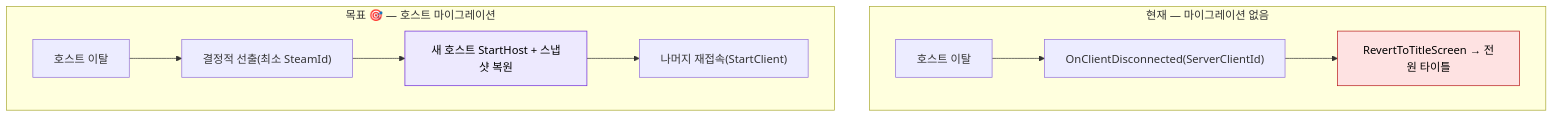
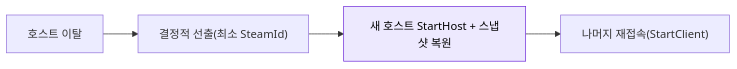
The second of 2 diagrams in Docs/game-dev-wiki/10-infra/server-hosting.md (Ethaniya0912/pB), drawn with Mermaid before and after one commit. The commit also changed other lines of this file and 7 other files, not shown here.

````diff
--- a/Docs/game-dev-wiki/10-infra/server-hosting.md
+++ b/Docs/game-dev-wiki/10-infra/server-hosting.md
@@ -21,16 +58,8 @@
 ```mermaid
-flowchart TB
-  subgraph NOW["현재 — 마이그레이션 없음"]
-    H1["호스트 이탈"] --> D["OnClientDisconnected(ServerClientId)"]
-    D --> R["RevertToTitleScreen → 전원 타이틀"]
-  end
-  subgraph TARGET["목표 🎯 — 호스트 마이그레이션"]
-    H2["호스트 이탈"] --> E["결정적 선출(최소 SteamId)"]
-    E --> NH["새 호스트 StartHost + 스냅샷 복원"]
-    NH --> RJ["나머지 재접속(StartClient)"]
-  end
-  classDef warn fill:#fee2e2,stroke:#b91c1c,color:#000;
-  class R warn
+flowchart LR
+  H2["호스트 이탈"] --> E["결정적 선출(최소 SteamId)"]
+  E --> NH["새 호스트 StartHost + 스냅샷 복원"]
+  NH --> RJ["나머지 재접속(StartClient)"]
   classDef t fill:#ede9fe,stroke:#6d28d9,color:#000;
   class NH t
 ```
````
